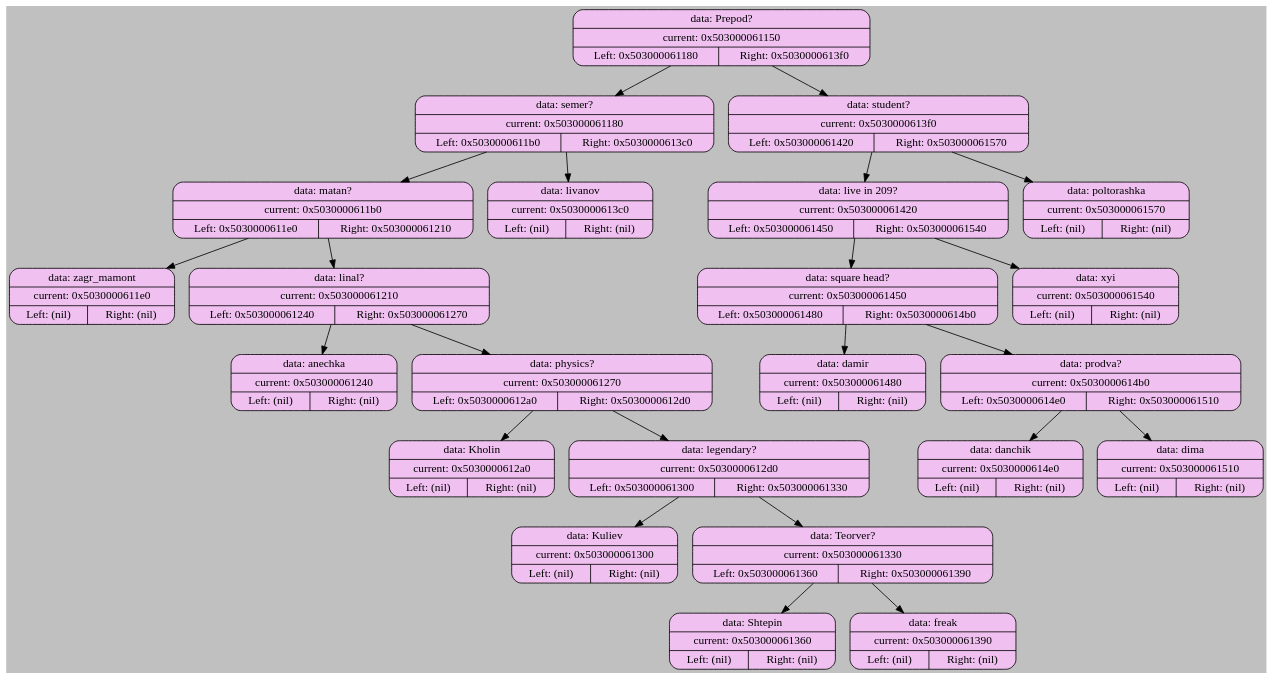
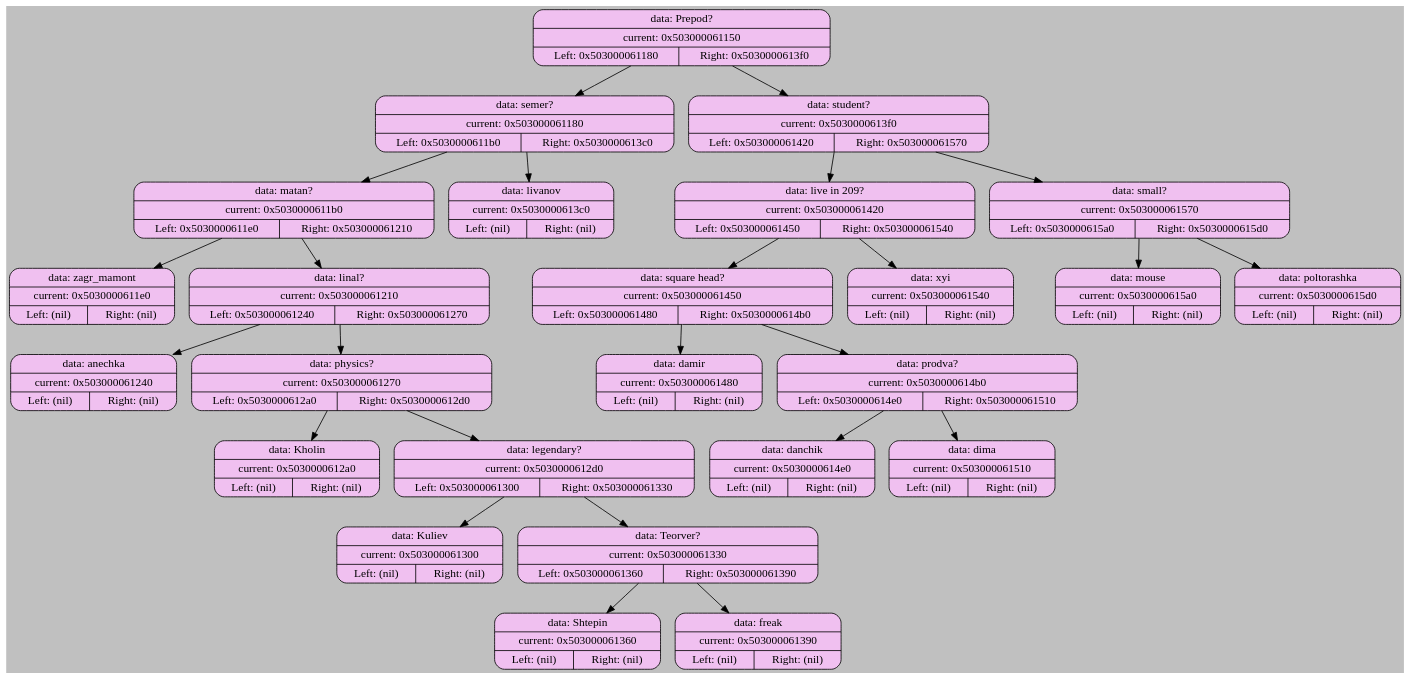
One commit to Atlaxsyys/akinator changed the diagram in graph_dump/graph_0.dot. Above: the diagram before and after it, drawn with Graphviz. The commit also changed 11 other files, not shown here.

```diff
--- a/graph_dump/graph_0.dot
+++ b/graph_dump/graph_0.dot
@@ -1,50 +1,54 @@
 digraph BinaryTree {
     bgcolor="#C0C0C0";
 
     node [shape=record];
     "0x503000061150" [shape=Mrecord, style=filled; fillcolor="#F0C0F0"; label="{data: Prepod? | current: 0x503000061150 | { Left: 0x503000061180 | Right: 0x5030000613f0 } }"];
     "0x503000061150" -> "0x503000061180";
     "0x503000061180" [shape=Mrecord, style=filled; fillcolor="#F0C0F0"; label="{data: semer? | current: 0x503000061180 | { Left: 0x5030000611b0 | Right: 0x5030000613c0 } }"];
     "0x503000061180" -> "0x5030000611b0";
     "0x5030000611b0" [shape=Mrecord, style=filled; fillcolor="#F0C0F0"; label="{data: matan? | current: 0x5030000611b0 | { Left: 0x5030000611e0 | Right: 0x503000061210 } }"];
     "0x5030000611b0" -> "0x5030000611e0";
     "0x5030000611e0" [shape=Mrecord, style=filled; fillcolor="#F0C0F0"; label="{data: zagr_mamont | current: 0x5030000611e0 | { Left: (nil) | Right: (nil) } }"];
     "0x5030000611b0" -> "0x503000061210";
     "0x503000061210" [shape=Mrecord, style=filled; fillcolor="#F0C0F0"; label="{data: linal? | current: 0x503000061210 | { Left: 0x503000061240 | Right: 0x503000061270 } }"];
     "0x503000061210" -> "0x503000061240";
     "0x503000061240" [shape=Mrecord, style=filled; fillcolor="#F0C0F0"; label="{data: anechka | current: 0x503000061240 | { Left: (nil) | Right: (nil) } }"];
     "0x503000061210" -> "0x503000061270";
     "0x503000061270" [shape=Mrecord, style=filled; fillcolor="#F0C0F0"; label="{data: physics? | current: 0x503000061270 | { Left: 0x5030000612a0 | Right: 0x5030000612d0 } }"];
     "0x503000061270" -> "0x5030000612a0";
     "0x5030000612a0" [shape=Mrecord, style=filled; fillcolor="#F0C0F0"; label="{data: Kholin | current: 0x5030000612a0 | { Left: (nil) | Right: (nil) } }"];
     "0x503000061270" -> "0x5030000612d0";
     "0x5030000612d0" [shape=Mrecord, style=filled; fillcolor="#F0C0F0"; label="{data: legendary? | current: 0x5030000612d0 | { Left: 0x503000061300 | Right: 0x503000061330 } }"];
     "0x5030000612d0" -> "0x503000061300";
     "0x503000061300" [shape=Mrecord, style=filled; fillcolor="#F0C0F0"; label="{data: Kuliev | current: 0x503000061300 | { Left: (nil) | Right: (nil) } }"];
     "0x5030000612d0" -> "0x503000061330";
     "0x503000061330" [shape=Mrecord, style=filled; fillcolor="#F0C0F0"; label="{data: Teorver? | current: 0x503000061330 | { Left: 0x503000061360 | Right: 0x503000061390 } }"];
     "0x503000061330" -> "0x503000061360";
     "0x503000061360" [shape=Mrecord, style=filled; fillcolor="#F0C0F0"; label="{data: Shtepin | current: 0x503000061360 | { Left: (nil) | Right: (nil) } }"];
     "0x503000061330" -> "0x503000061390";
     "0x503000061390" [shape=Mrecord, style=filled; fillcolor="#F0C0F0"; label="{data: freak | current: 0x503000061390 | { Left: (nil) | Right: (nil) } }"];
     "0x503000061180" -> "0x5030000613c0";
     "0x5030000613c0" [shape=Mrecord, style=filled; fillcolor="#F0C0F0"; label="{data: livanov | current: 0x5030000613c0 | { Left: (nil) | Right: (nil) } }"];
     "0x503000061150" -> "0x5030000613f0";
     "0x5030000613f0" [shape=Mrecord, style=filled; fillcolor="#F0C0F0"; label="{data: student? | current: 0x5030000613f0 | { Left: 0x503000061420 | Right: 0x503000061570 } }"];
     "0x5030000613f0" -> "0x503000061420";
     "0x503000061420" [shape=Mrecord, style=filled; fillcolor="#F0C0F0"; label="{data: live in 209? | current: 0x503000061420 | { Left: 0x503000061450 | Right: 0x503000061540 } }"];
     "0x503000061420" -> "0x503000061450";
     "0x503000061450" [shape=Mrecord, style=filled; fillcolor="#F0C0F0"; label="{data: square head? | current: 0x503000061450 | { Left: 0x503000061480 | Right: 0x5030000614b0 } }"];
     "0x503000061450" -> "0x503000061480";
     "0x503000061480" [shape=Mrecord, style=filled; fillcolor="#F0C0F0"; label="{data: damir | current: 0x503000061480 | { Left: (nil) | Right: (nil) } }"];
     "0x503000061450" -> "0x5030000614b0";
     "0x5030000614b0" [shape=Mrecord, style=filled; fillcolor="#F0C0F0"; label="{data: prodva? | current: 0x5030000614b0 | { Left: 0x5030000614e0 | Right: 0x503000061510 } }"];
     "0x5030000614b0" -> "0x5030000614e0";
     "0x5030000614e0" [shape=Mrecord, style=filled; fillcolor="#F0C0F0"; label="{data: danchik | current: 0x5030000614e0 | { Left: (nil) | Right: (nil) } }"];
     "0x5030000614b0" -> "0x503000061510";
     "0x503000061510" [shape=Mrecord, style=filled; fillcolor="#F0C0F0"; label="{data: dima | current: 0x503000061510 | { Left: (nil) | Right: (nil) } }"];
     "0x503000061420" -> "0x503000061540";
     "0x503000061540" [shape=Mrecord, style=filled; fillcolor="#F0C0F0"; label="{data: xyi | current: 0x503000061540 | { Left: (nil) | Right: (nil) } }"];
     "0x5030000613f0" -> "0x503000061570";
-    "0x503000061570" [shape=Mrecord, style=filled; fillcolor="#F0C0F0"; label="{data: poltorashka | current: 0x503000061570 | { Left: (nil) | Right: (nil) } }"];
+    "0x503000061570" [shape=Mrecord, style=filled; fillcolor="#F0C0F0"; label="{data: small? | current: 0x503000061570 | { Left: 0x5030000615a0 | Right: 0x5030000615d0 } }"];
+    "0x503000061570" -> "0x5030000615a0";
+    "0x5030000615a0" [shape=Mrecord, style=filled; fillcolor="#F0C0F0"; label="{data: mouse | current: 0x5030000615a0 | { Left: (nil) | Right: (nil) } }"];
+    "0x503000061570" -> "0x5030000615d0";
+    "0x5030000615d0" [shape=Mrecord, style=filled; fillcolor="#F0C0F0"; label="{data: poltorashka | current: 0x5030000615d0 | { Left: (nil) | Right: (nil) } }"];
 }
```
